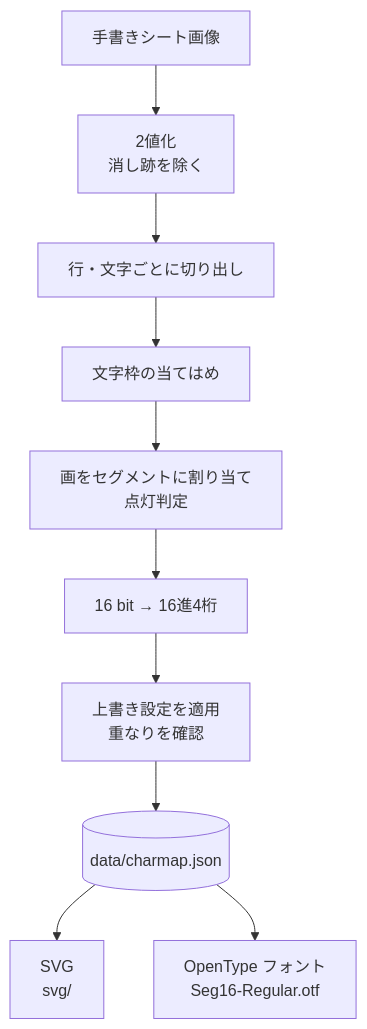
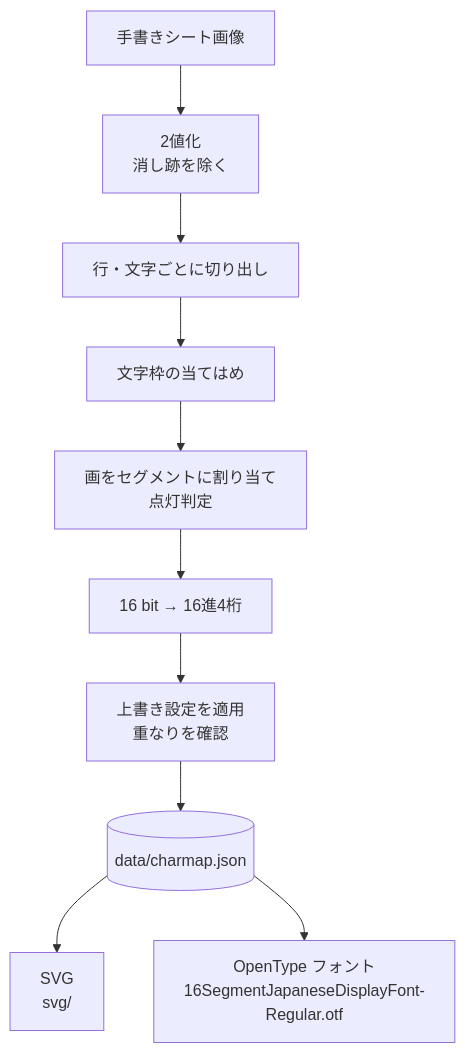
One commit to uzuki-sae/16SegmentJapaneseDisplayFont changed the diagram in README.md. Above: the diagram before and after it, drawn with Mermaid. The commit also changed other lines of this file and 6 other files, not shown here.

````diff
--- a/README.md
+++ b/README.md
@@ -133,12 +135,12 @@
 ```mermaid
 flowchart TD
     A[手書きシート画像] --> B[2値化<br>消し跡を除く]
     B --> C[行・文字ごとに切り出し]
     C --> D[文字枠の当てはめ]
     D --> E[画をセグメントに割り当て<br>点灯判定]
     E --> F[16 bit → 16進4桁]
     F --> G[上書き設定を適用<br>重なりを確認]
     G --> H[(data/charmap.json)]
     H --> I[SVG<br>svg/]
-    H --> J[OpenType フォント<br>Seg16-Regular.otf]
+    H --> J[OpenType フォント<br>16SegmentJapaneseDisplayFont-Regular.otf]
 ```
````
